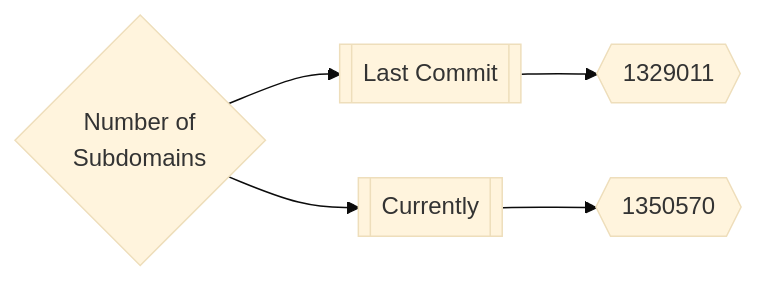
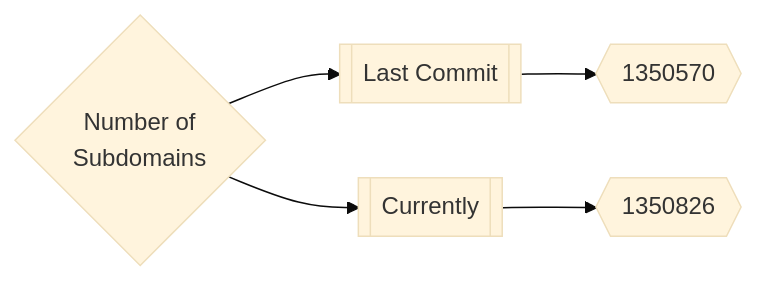
Before and after one commit to trickest/inventory: the first of 3 diagrams in README.md, drawn with Mermaid (base theme). The commit also changed other lines of this file and 10 other files, not shown here.

````diff
--- a/README.md
+++ b/README.md
@@ -165,5 +165,5 @@
 ```mermaid
 graph LR
-title{Number of<br>Subdomains} --> subdomainsDate1[[Last Commit]] --> subdomainsNum1{{1329011}}
-title --> subdomainsDate2[[Currently]] --> subdomainsNum2{{1350570}}
+title{Number of<br>Subdomains} --> subdomainsDate1[[Last Commit]] --> subdomainsNum1{{1350570}}
+title --> subdomainsDate2[[Currently]] --> subdomainsNum2{{1350826}}
 ```
````
